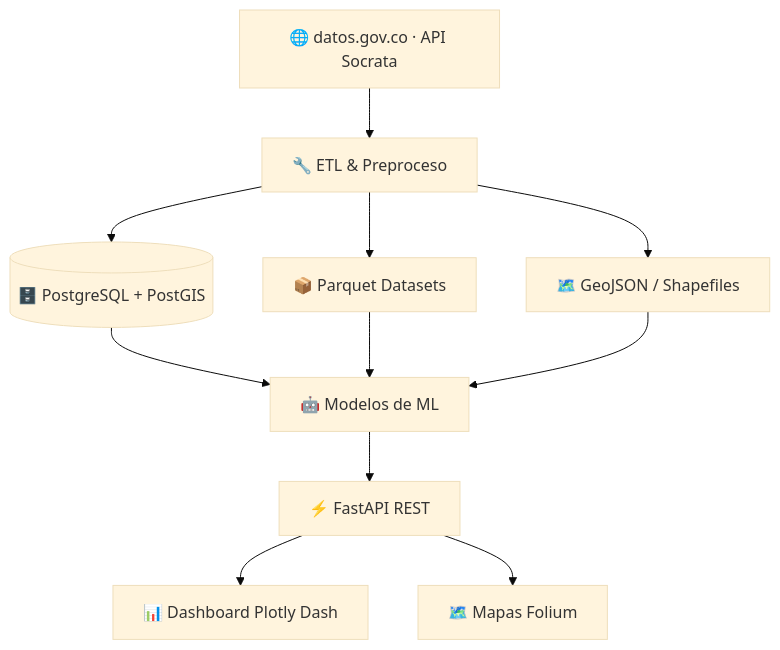
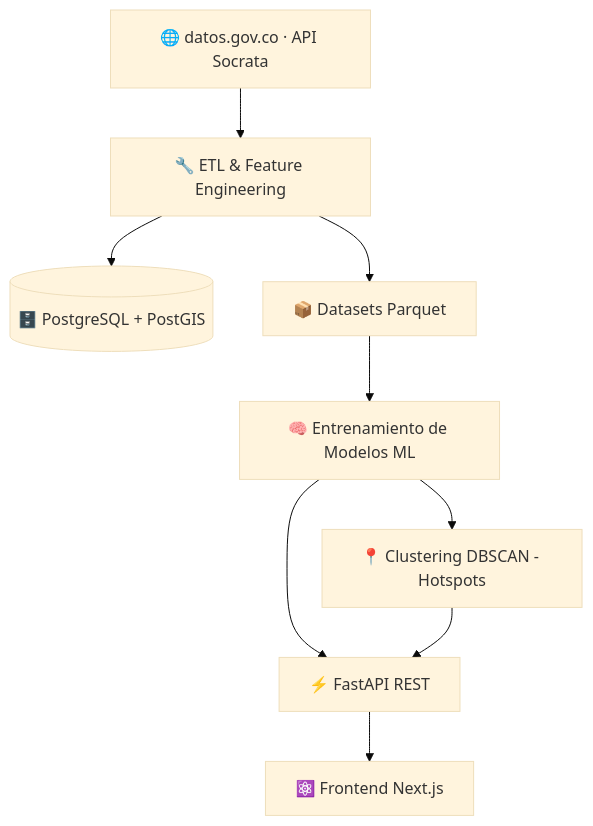
The diagram in README.md (JuanDavid-dev-lang/PIPAC), drawn with Mermaid (base theme) before and after one commit. The commit also changed other lines of this file, not shown here.

````diff
--- a/README.md
+++ b/README.md
@@ -78,13 +54,11 @@
 ```mermaid
 flowchart TD
-    A[🌐 datos.gov.co · API Socrata] --> B[🔧 ETL & Preproceso]
+    A[🌐 datos.gov.co · API Socrata] --> B[🔧 ETL & Feature Engineering]
     B --> C[(🗄️ PostgreSQL + PostGIS)]
-    B --> D[📦 Parquet Datasets]
-    B --> E[🗺️ GeoJSON / Shapefiles]
-    C --> F[🤖 Modelos de ML]
-    D --> F
-    E --> F
-    F --> G[⚡ FastAPI REST]
-    G --> H[📊 Dashboard Plotly Dash]
-    G --> I[🗺️ Mapas Folium]
+    B --> D[📦 Datasets Parquet]
+    D --> E[🧠 Entrenamiento de Modelos ML]
+    E --> F[⚡ FastAPI REST]
+    F --> G[⚛️ Frontend Next.js]
+    E --> H[📍 Clustering DBSCAN - Hotspots]
+    H --> F
 ```
````
